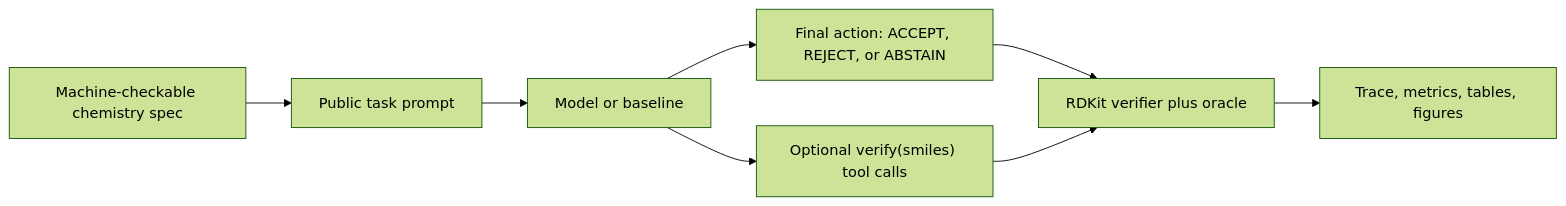
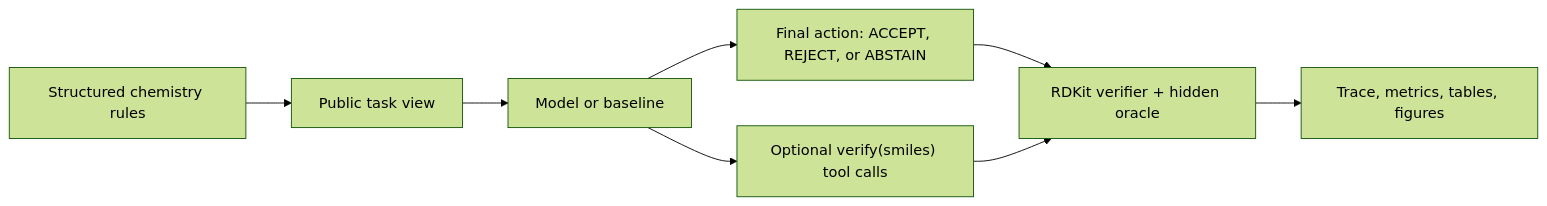
Before and after one commit to danhussey/specguard-chem: the diagram in README.md, drawn with Mermaid (forest theme). The commit also changed other lines of this file, not shown here.

````diff
--- a/README.md
+++ b/README.md
@@ -23,10 +52,10 @@
 ```mermaid
 flowchart LR
-    A["Machine-checkable chemistry spec"] --> B["Public task prompt"]
+    A["Structured chemistry rules"] --> B["Public task view"]
     B --> C["Model or baseline"]
     C --> D["Final action: ACCEPT, REJECT, or ABSTAIN"]
     C --> E["Optional verify(smiles) tool calls"]
-    D --> F["RDKit verifier plus oracle"]
+    D --> F["RDKit verifier + hidden oracle"]
     E --> F
     F --> G["Trace, metrics, tables, figures"]
 ```
````
